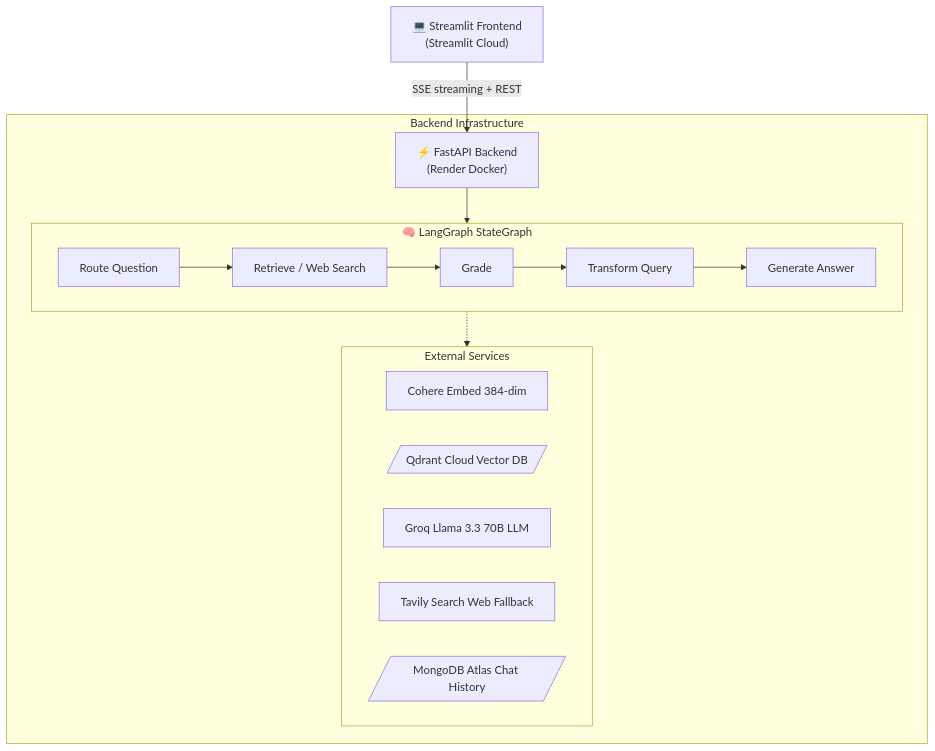
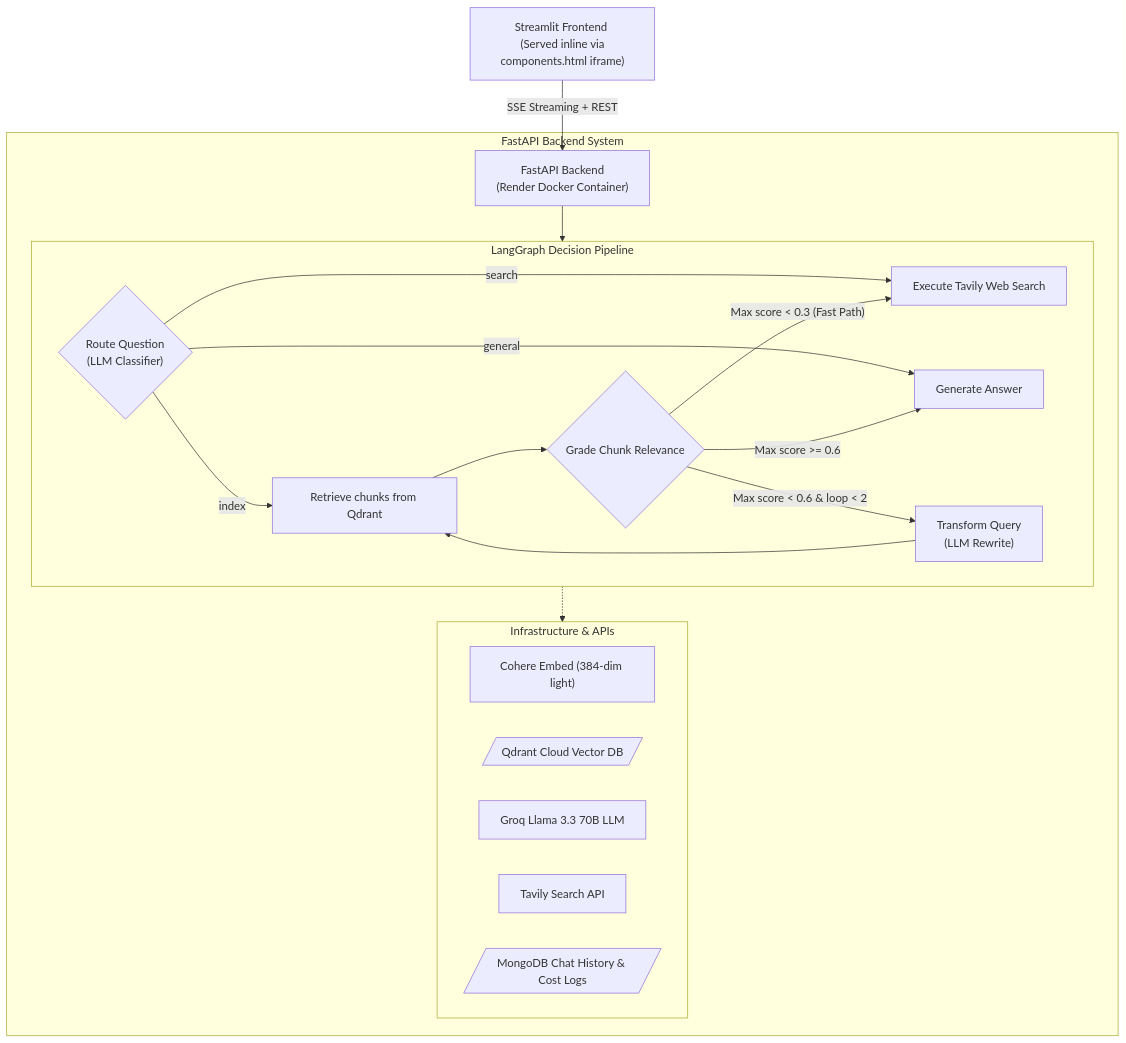
Before and after one commit to Aditya0105singh/Adaptive-RAG---knowledge-retrieval: the first of 2 diagrams in README.md, drawn with Mermaid. The commit also changed other lines of this file and 2 other files, not shown here.

Commit message:
docs: rewrite README for portfolio clarity, enhance UI and chat stop functionality

````diff
--- a/README.md
+++ b/README.md
@@ -38,26 +33,34 @@
 ```mermaid
 graph TD
-    UI["💻 Streamlit Frontend <br/> (Streamlit Cloud)"] -- "SSE streaming + REST" --> API["⚡ FastAPI Backend <br/> (Render Docker)"]
+    UI["Streamlit Frontend <br/> (Served inline via components.html iframe)"] -- "SSE Streaming + REST" --> API["FastAPI Backend <br/> (Render Docker Container)"]
     
-    subgraph Backend["Backend Infrastructure"]
+    subgraph Backend["FastAPI Backend System"]
         API
         
-        subgraph Graph["🧠 LangGraph StateGraph"]
-            route["Route Question"] --> ret["Retrieve / Web Search"]
-            ret --> grade["Grade"]
-            grade --> trans["Transform Query"]
-            trans --> gen["Generate Answer"]
+        subgraph Graph["LangGraph Decision Pipeline"]
+            route{"Route Question <br> (LLM Classifier)"}
+            
+            route -->|"index"| ret["Retrieve chunks from Qdrant"]
+            route -->|"search"| web["Execute Tavily Web Search"]
+            route -->|"general"| gen["Generate Answer"]
+            
+            ret --> grade{"Grade Chunk Relevance"}
+            grade -->|"Max score >= 0.6"| gen
+            grade -->|"Max score < 0.6 & loop < 2"| trans["Transform Query <br> (LLM Rewrite)"]
+            grade -->|"Max score < 0.3 (Fast Path)"| web
+            
+            trans --> ret
         end
         
-        subgraph Services["External Services"]
-            Cohere["Cohere Embed 384-dim"]
+        subgraph Infrastructure["Infrastructure & APIs"]
+            Cohere["Cohere Embed (384-dim light)"]
             Qdrant[/"Qdrant Cloud Vector DB"/]
             Groq["Groq Llama 3.3 70B LLM"]
-            Tavily["Tavily Search Web Fallback"]
-            Mongo[/"MongoDB Atlas Chat History"/]
+            Tavily["Tavily Search API"]
+            Mongo[/"MongoDB Chat History & Cost Logs"/]
         end
         
         API --> Graph
-        Graph -.-> Services
+        Graph -.-> Infrastructure
     end
 ```
````
